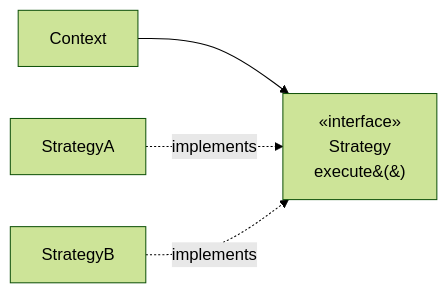
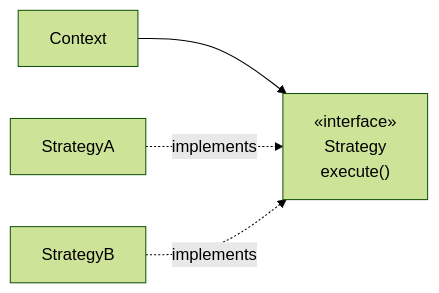
One commit to oadcavalcante/software-architecture-mastery changed the diagram in i18n/en-US/docusaurus-plugin-content-docs/current/03-design-patterns/strategy.md. Above: the diagram before and after it, drawn with Mermaid (forest theme). The commit also changed 27 other files, not shown here.

First line of the commit message:
diagramas: parenteses renderizando como &(&) e largura ilegivel no telefone

````diff
--- a/i18n/en-US/docusaurus-plugin-content-docs/current/03-design-patterns/strategy.md
+++ b/i18n/en-US/docusaurus-plugin-content-docs/current/03-design-patterns/strategy.md
@@ -60,6 +60,6 @@
 ```mermaid
 graph LR
-  C[Context] --> S["«interface»<br/>Strategy<br/>execute&#40;&#41;"]
+  C[Context] --> S["«interface»<br/>Strategy<br/>execute()"]
   E1[StrategyA] -.implements.-> S
   E2[StrategyB] -.implements.-> S
 ```
````
